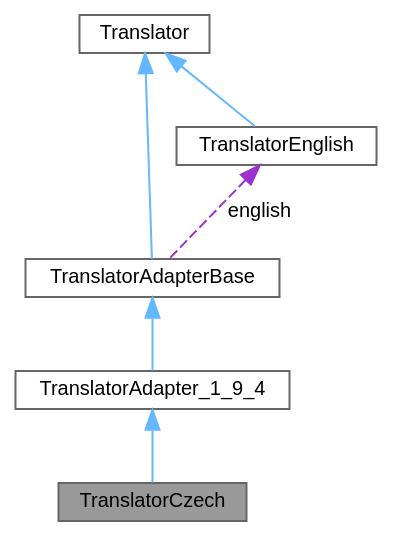
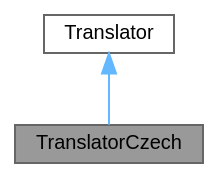
The diagram in d8/d82/class_translator_czech__coll__graph.dot (petyovsky/doxygen), drawn with Graphviz before and after one commit. The commit also changed 7841 other files, not shown here.

```diff
--- a/d8/d82/class_translator_czech__coll__graph.dot
+++ b/d8/d82/class_translator_czech__coll__graph.dot
@@ -1,18 +1,11 @@
 digraph "TranslatorCzech"
 {
  // INTERACTIVE_SVG=YES
  // LATEX_PDF_SIZE
   bgcolor="transparent";
   edge [fontname=Helvetica,fontsize=10,labelfontname=Helvetica,labelfontsize=10];
   node [fontname=Helvetica,fontsize=10,shape=box,height=0.2,width=0.4];
   Node1 [label="TranslatorCzech",height=0.2,width=0.4,color="gray40", fillcolor="grey60", style="filled", fontcolor="black",tooltip=" "];
   Node2 -> Node1 [dir="back",color="steelblue1",style="solid"];
-  Node2 [label="TranslatorAdapter_1_9_4",height=0.2,width=0.4,color="gray40", fillcolor="white", style="filled",URL="$d0/d33/class_translator_adapter__1__9__4.html",tooltip=" "];
-  Node3 -> Node2 [dir="back",color="steelblue1",style="solid"];
-  Node3 [label="TranslatorAdapterBase",height=0.2,width=0.4,color="gray40", fillcolor="white", style="filled",URL="$db/d6c/class_translator_adapter_base.html",tooltip="Base of the translator adapter tree."];
-  Node4 -> Node3 [dir="back",color="steelblue1",style="solid"];
-  Node4 [label="Translator",height=0.2,width=0.4,color="gray40", fillcolor="white", style="filled",URL="$d8/dfb/class_translator.html",tooltip="Abstract base class for all translatable text fragments."];
-  Node5 -> Node3 [dir="back",color="darkorchid3",style="dashed",label=" english" ];
-  Node5 [label="TranslatorEnglish",height=0.2,width=0.4,color="gray40", fillcolor="white", style="filled",URL="$d6/d78/class_translator_english.html",tooltip=" "];
-  Node4 -> Node5 [dir="back",color="steelblue1",style="solid"];
+  Node2 [label="Translator",height=0.2,width=0.4,color="gray40", fillcolor="white", style="filled",URL="$d8/dfb/class_translator.html",tooltip="Abstract base class for all translatable text fragments."];
 }
```
